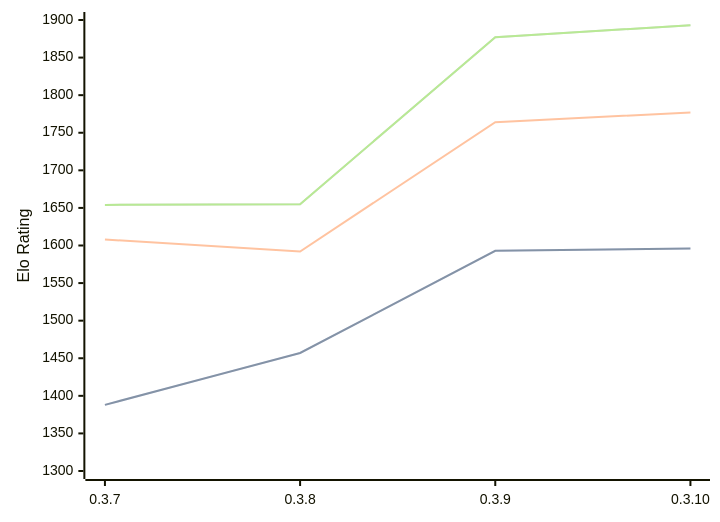
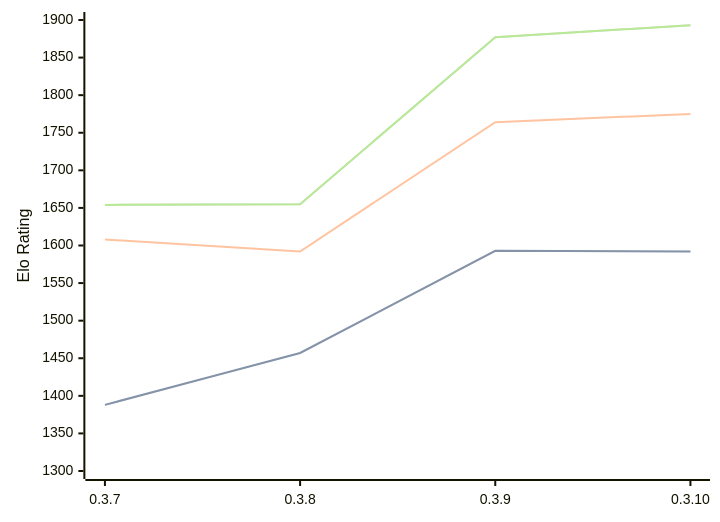
Before and after one commit to computer-chess-index/cci: the diagram in engines/Arche.md, drawn with Mermaid. The commit also changed other lines of this file, not shown here.

````diff
--- a/engines/Arche.md
+++ b/engines/Arche.md
@@ -34,11 +34,11 @@
 ```mermaid
 %%{init: {"theme":"base","themeVariables":{"seriesColors:['#a3a3a3','#222221','#faa371']}}}%%
 xychart-beta
   x-axis ["0.3.7", "0.3.8", "0.3.9", "0.3.10"]
   y-axis "Elo Rating" 1300 --> 1900
-  line "" [1388, 1457, 1593, 1596]
-  line "STC (8.0+0.08s)" [1388, 1457, 1593, 1596]
-  line "LTC (60.0+0.60s)" [1608, 1592, 1764, 1777]
+  line "" [1388, 1457, 1593, 1592]
+  line "STC (8.0+0.08s)" [1388, 1457, 1593, 1592]
+  line "LTC (60.0+0.60s)" [1608, 1592, 1764, 1775]
   line "" [1654, 1655, 1877, 1893]
   line "VLTC (2m24s+1.12s)" [1654, 1655, 1877, 1893]
 ```
````
